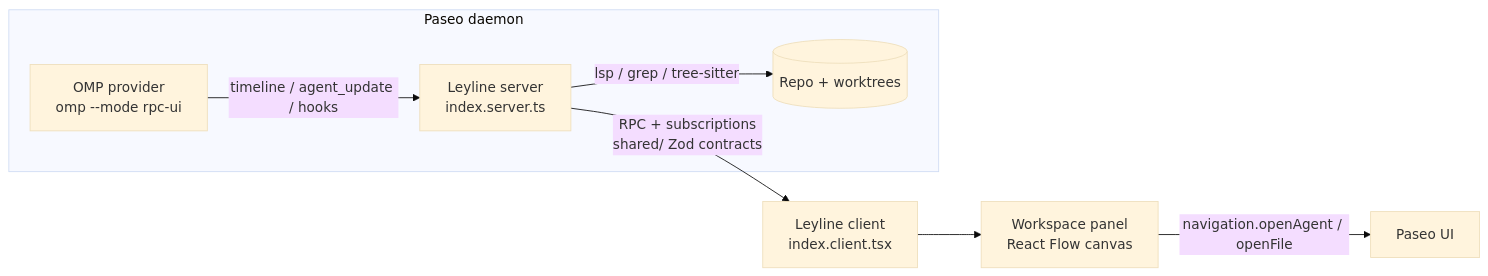
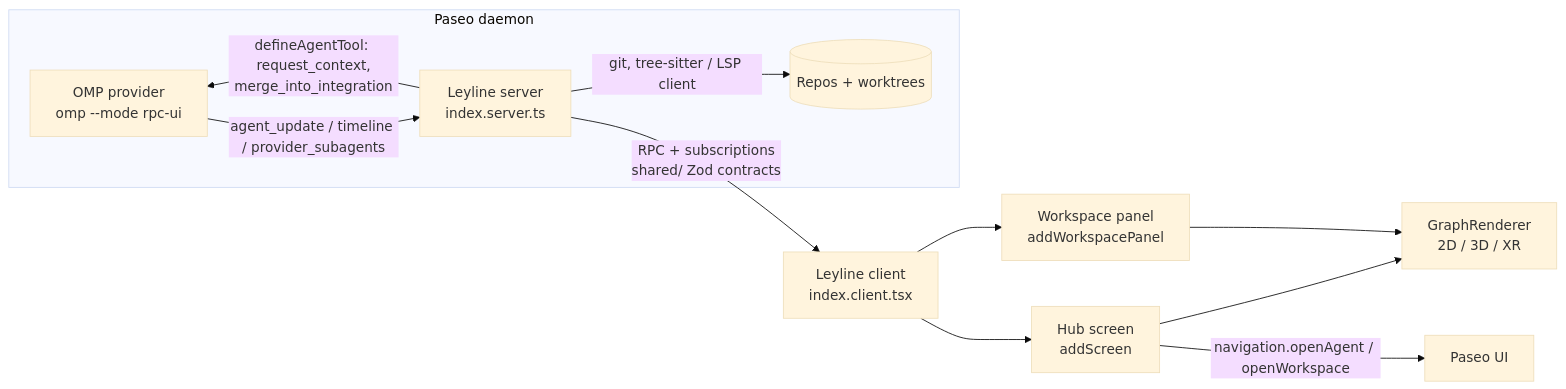
The diagram in README.md (TechArtistG/Leyline), drawn with Mermaid (base theme) before and after one commit. The commit also changed other lines of this file, not shown here.

Commit message:
docs: hub vision, Paseo topology/data sources, agent broker design, graph renderer evaluation

````diff
--- a/README.md
+++ b/README.md
@@ -34,10 +50,13 @@
 ```mermaid
 flowchart LR
   subgraph Paseo daemon
-    OMP[OMP provider<br/>omp --mode rpc-ui] -->|timeline / agent_update / hooks| S[Leyline server<br/>index.server.ts]
-    S -->|lsp / grep / tree-sitter| Repo[(Repo + worktrees)]
+    OMP[OMP provider<br/>omp --mode rpc-ui] -->|agent_update / timeline / provider_subagents| S[Leyline server<br/>index.server.ts]
+    S -->|git, tree-sitter / LSP client| Repo[(Repos + worktrees)]
+    S -->|defineAgentTool: request_context,<br/>merge_into_integration| OMP
   end
   S -->|RPC + subscriptions<br/>shared/ Zod contracts| C[Leyline client<br/>index.client.tsx]
-  C --> Panel[Workspace panel<br/>React Flow canvas]
-  Panel -->|navigation.openAgent / openFile| Paseo[Paseo UI]
+  C --> Hub[Hub screen<br/>addScreen]
+  C --> Panel[Workspace panel<br/>addWorkspacePanel]
+  Hub & Panel --> R[GraphRenderer<br/>2D / 3D / XR]
+  Hub -->|navigation.openAgent / openWorkspace| Paseo[Paseo UI]
 ```
````
